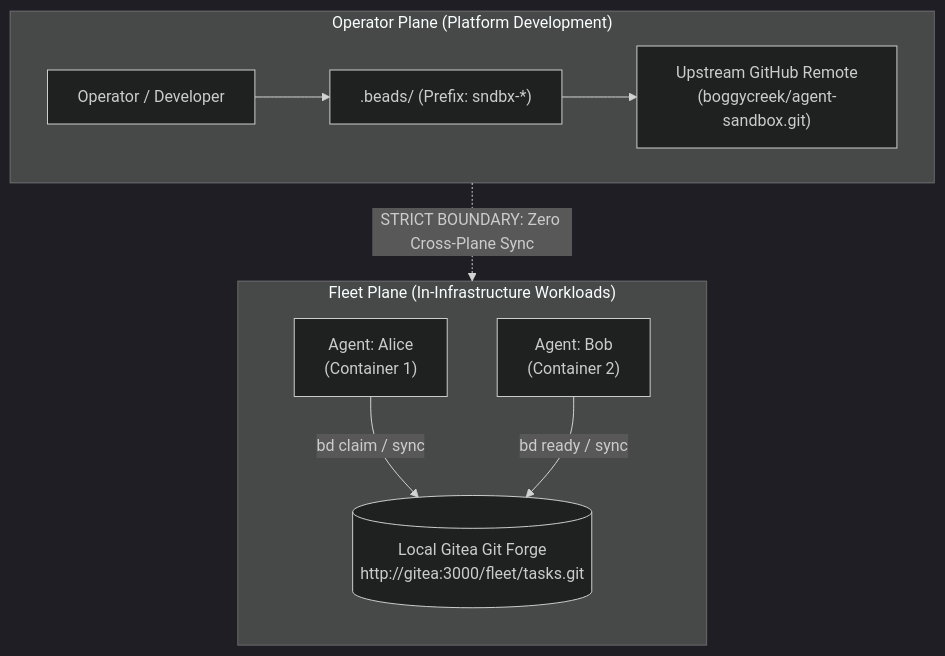
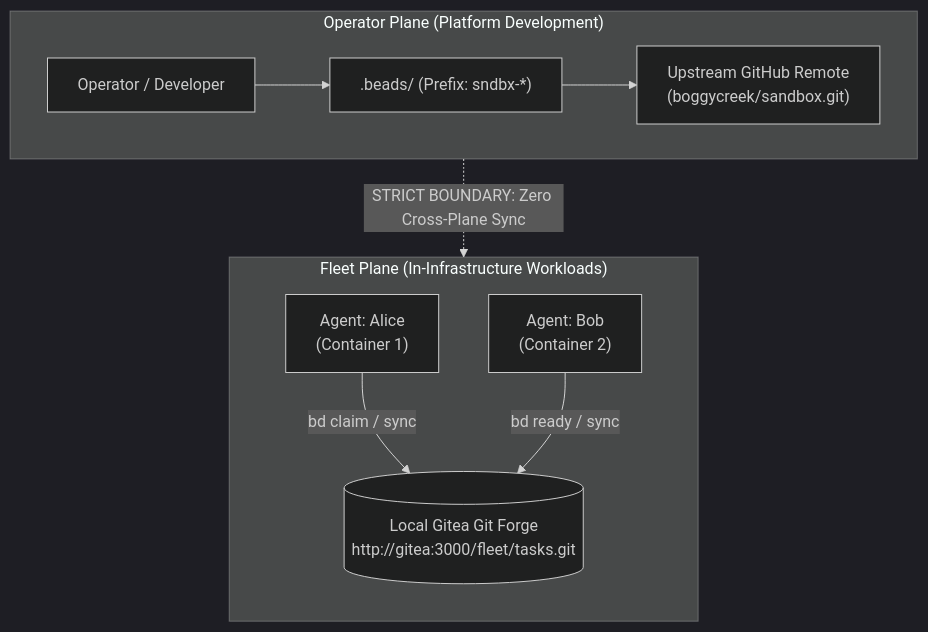
One commit to boggycreek/sandbox changed the diagram in doc/adr/00028-InContainerFleetTaskCoordinationViaLocalGiteaBackedBeads.md. Above: the diagram before and after it, drawn with Mermaid (dark theme). The commit also changed other lines of this file and 41 other files, not shown here.

Commit message:
chore: update repository references from boggycreek/agent-sandbox to boggycreek/sandbox

````diff
--- a/doc/adr/00028-InContainerFleetTaskCoordinationViaLocalGiteaBackedBeads.md
+++ b/doc/adr/00028-InContainerFleetTaskCoordinationViaLocalGiteaBackedBeads.md
@@ -54,21 +54,21 @@
 ```mermaid
 flowchart TD
     subgraph HostPlane["Operator Plane (Platform Development)"]
         HostDev["Operator / Developer"]
         HostBeads[".beads/ (Prefix: sndbx-*)"]
-        GH["Upstream GitHub Remote<br/>(boggycreek/agent-sandbox.git)"]
+        GH["Upstream GitHub Remote<br/>(boggycreek/sandbox.git)"]
         HostDev --> HostBeads --> GH
     end
 
     subgraph FleetPlane["Fleet Plane (In-Infrastructure Workloads)"]
         direction TB
         Agent1["Agent: Alice<br/>(Container 1)"]
         Agent2["Agent: Bob<br/>(Container 2)"]
         LocalGitea[("Local Gitea Git Forge<br/>http://gitea:3000/fleet/tasks.git")]
 
         Agent1 -->|"bd claim / sync"| LocalGitea
         Agent2 -->|"bd ready / sync"| LocalGitea
     end
 
     HostPlane -.->|"STRICT BOUNDARY: Zero Cross-Plane Sync"| FleetPlane
 ```
````
